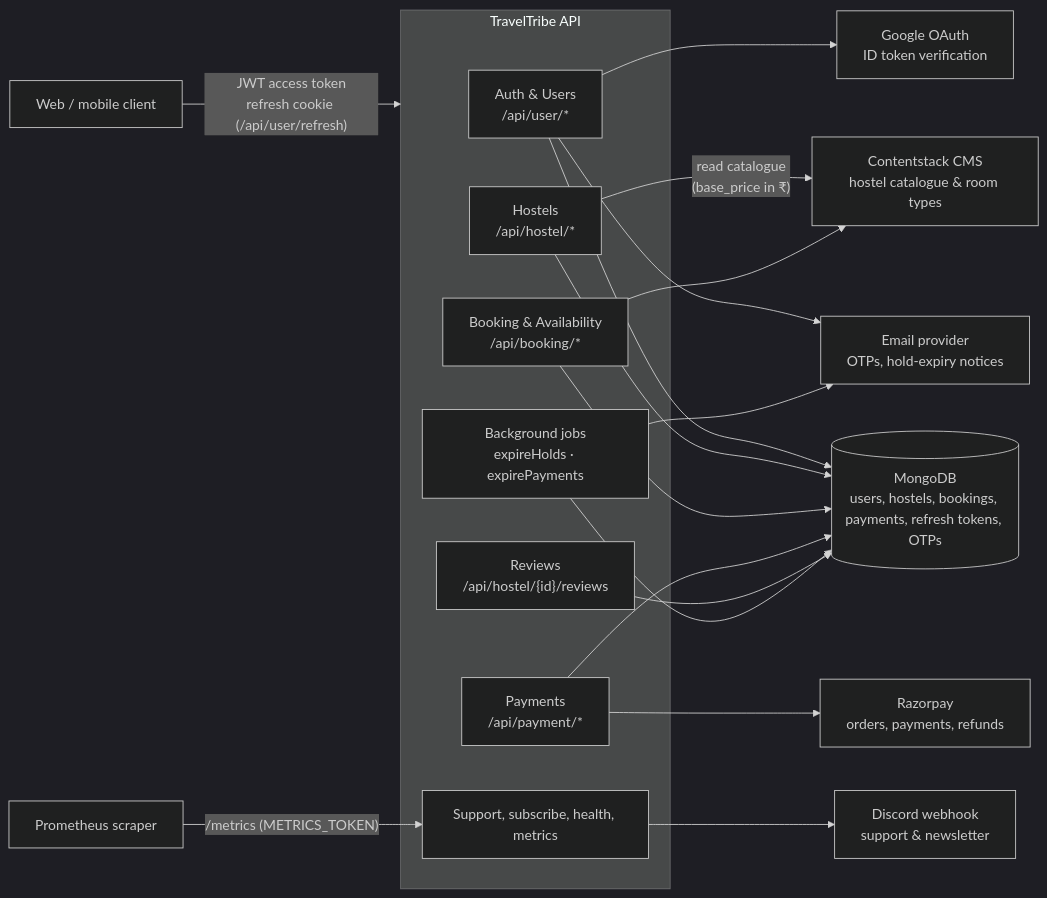
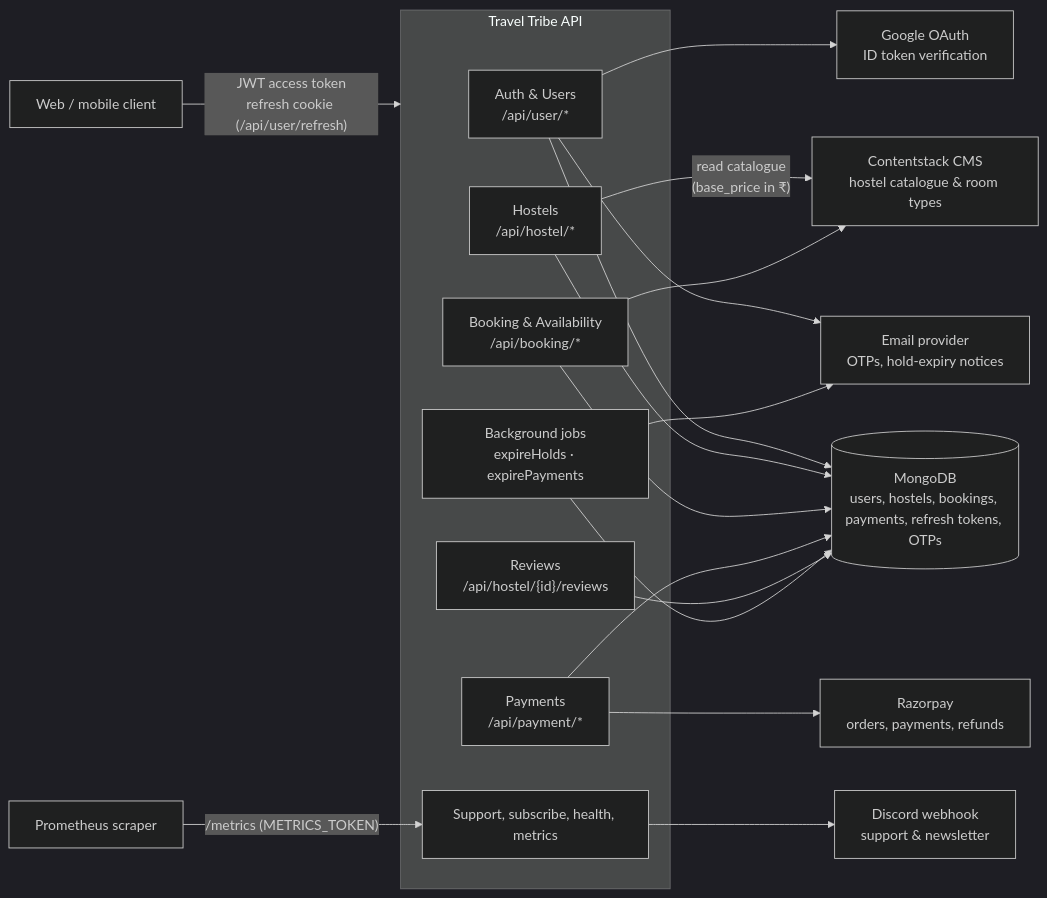
Before and after one commit to KRSNAGUPTA/TravelTribe-Contentstack: the first of 5 diagrams in README.md, drawn with Mermaid (dark theme). The commit also changed other lines of this file, not shown here.

````diff
--- a/README.md
+++ b/README.md
@@ -23,38 +23,38 @@
 ```mermaid
 flowchart LR
     Client["Web / mobile client"]
 
-    subgraph API["TravelTribe API"]
+    subgraph API["Travel Tribe API"]
         Auth["Auth & Users<br/>/api/user/*"]
         Hostels["Hostels<br/>/api/hostel/*"]
         Booking["Booking & Availability<br/>/api/booking/*"]
         Payment["Payments<br/>/api/payment/*"]
         Reviews["Reviews<br/>/api/hostel/{id}/reviews"]
         Misc["Support, subscribe, health, metrics"]
         Jobs["Background jobs<br/>expireHolds · expirePayments"]
     end
 
     Mongo[("MongoDB<br/>users, hostels, bookings, payments, refresh tokens, OTPs")]
     CMS["Contentstack CMS<br/>hostel catalogue & room types"]
     Razorpay["Razorpay<br/>orders, payments, refunds"]
     Google["Google OAuth<br/>ID token verification"]
     Mail["Email provider<br/>OTPs, hold-expiry notices"]
     Discord["Discord webhook<br/>support & newsletter"]
     Prom["Prometheus scraper"]
 
     Client -->|"JWT access token<br/>refresh cookie (/api/user/refresh)"| API
     Auth --> Mongo
     Auth --> Google
     Auth --> Mail
     Hostels -->|"read catalogue<br/>(base_price in ₹)"| CMS
     Hostels --> Mongo
     Booking --> Mongo
     Booking --> CMS
     Payment --> Razorpay
     Payment --> Mongo
     Reviews --> Mongo
     Misc --> Discord
     Jobs --> Mongo
     Jobs --> Mail
     Prom -->|"/metrics (METRICS_TOKEN)"| Misc
 ```
````
